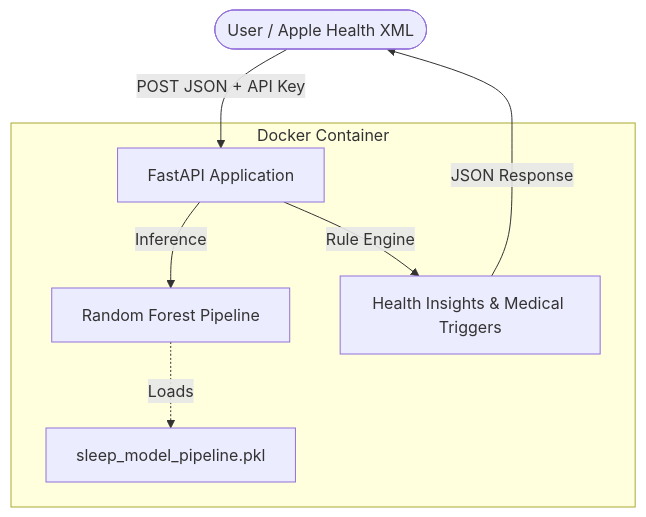
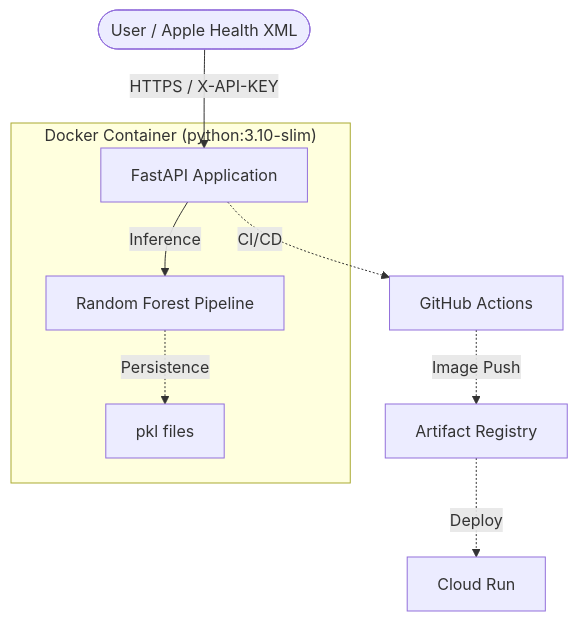
The diagram in Final_Project_Report.md (kevinhust/aig200-capstone-assignment), drawn with Mermaid before and after one commit. The commit also changed other lines of this file, not shown here.

Commit message:
docs: finalized project report with screenshots and architecture verification

````diff
--- a/Final_Project_Report.md
+++ b/Final_Project_Report.md
@@ -34,10 +45,11 @@
 ```mermaid
 graph TD
-    User([User / Apple Health XML]) --> |POST JSON + API Key| API[FastAPI Application]
-    subgraph "Docker Container"
+    User([User / Apple Health XML]) --> |HTTPS / X-API-KEY| API[FastAPI Application]
+    subgraph "Docker Container (python:3.10-slim)"
         API --> |Inference| Model[Random Forest Pipeline]
-        Model -.-> |Loads| Artifacts[sleep_model_pipeline.pkl]
-        API --> |Rule Engine| Insights[Health Insights & Medical Triggers]
+        Model -.-> |Persistence| Artifacts[pkl files]
     end
-    Insights --> |JSON Response| User
+    API -.-> |CI/CD| GHA[GitHub Actions]
+    GHA -.-> |Image Push| AR[Artifact Registry]
+    AR -.-> |Deploy| CR[Cloud Run]
 ```
````
